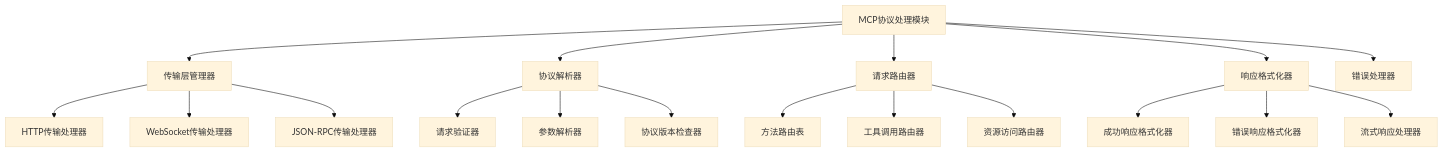
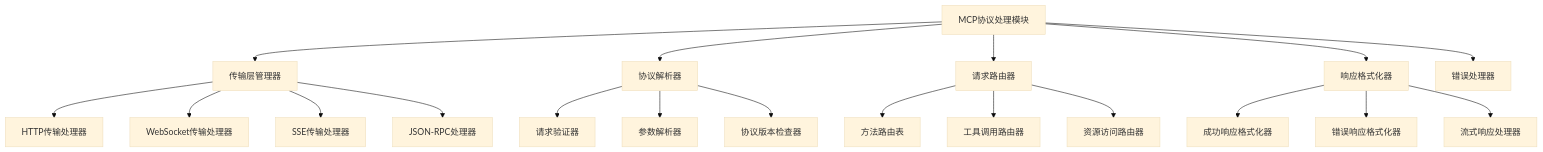
One commit to ydzat/dnkit changed the diagram in doc/module/02_protocol_handler.md. Above: the diagram before and after it, drawn with Mermaid (base theme). The commit also changed other lines of this file and 6 other files, not shown here.

````diff
--- a/doc/module/02_protocol_handler.md
+++ b/doc/module/02_protocol_handler.md
@@ -16,24 +17,25 @@
 ```mermaid
 graph TD
     A[MCP协议处理模块] --> B[传输层管理器]
     A --> C[协议解析器]
     A --> D[请求路由器]
     A --> E[响应格式化器]
     A --> F[错误处理器]
 
     B --> B1[HTTP传输处理器]
     B --> B2[WebSocket传输处理器]
-    B --> B3[JSON-RPC传输处理器]
+    B --> B3[SSE传输处理器]
+    B --> B4[JSON-RPC处理器]
 
     C --> C1[请求验证器]
     C --> C2[参数解析器]
     C --> C3[协议版本检查器]
 
     D --> D1[方法路由表]
     D --> D2[工具调用路由器]
     D --> D3[资源访问路由器]
 
     E --> E1[成功响应格式化器]
     E --> E2[错误响应格式化器]
     E --> E3[流式响应处理器]
 ```
````
